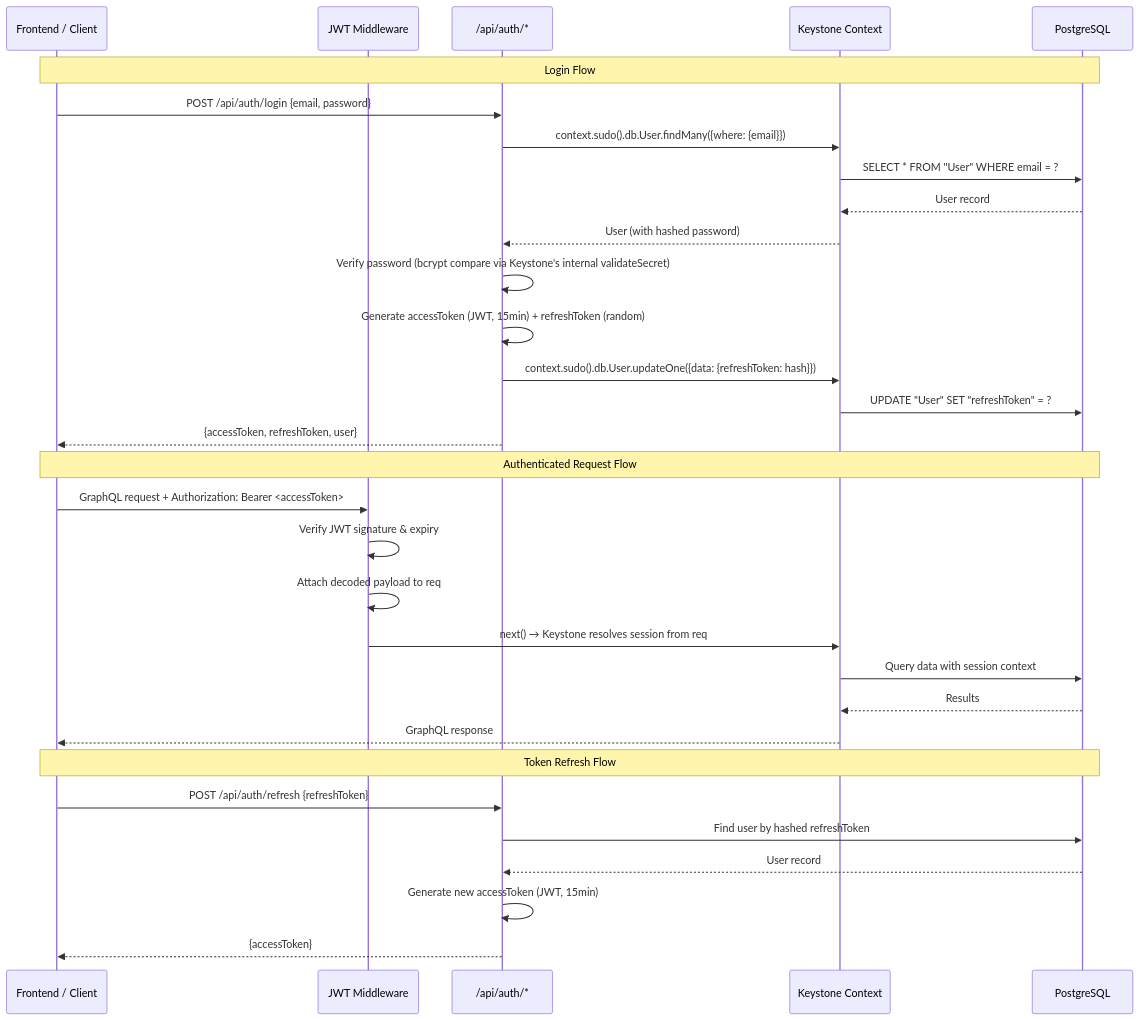
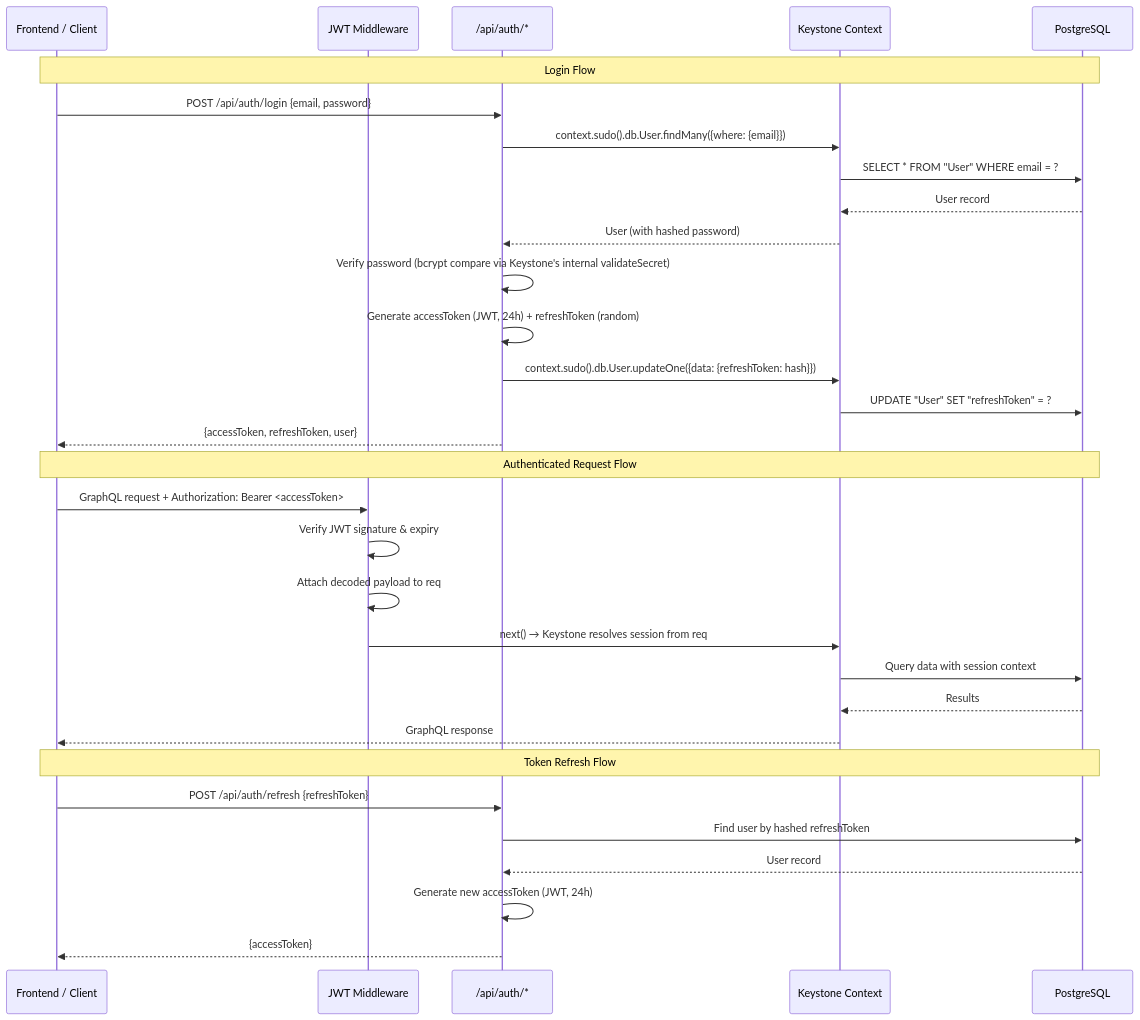
One commit to RJGJ/e_invitation changed the diagram in .docs/plans/jwt-auth-plan.md. Above: the diagram before and after it, drawn with Mermaid. The commit also changed other lines of this file and 1 other file, not shown here.

First line of the commit message:
docs: fold testing requirements into jwt-auth plan; add Patrol guidance for Flutter

````diff
--- a/.docs/plans/jwt-auth-plan.md
+++ b/.docs/plans/jwt-auth-plan.md
@@ -11,36 +11,36 @@
 ```mermaid
 sequenceDiagram
     participant Client as Frontend / Client
     participant MW as JWT Middleware
     participant Routes as /api/auth/*
     participant KS as Keystone Context
     participant DB as PostgreSQL
 
     Note over Client,DB: Login Flow
     Client->>Routes: POST /api/auth/login {email, password}
     Routes->>KS: context.sudo().db.User.findMany({where: {email}})
     KS->>DB: SELECT * FROM "User" WHERE email = ?
     DB-->>KS: User record
     KS-->>Routes: User (with hashed password)
     Routes->>Routes: Verify password (bcrypt compare via Keystone's internal validateSecret)
-    Routes->>Routes: Generate accessToken (JWT, 15min) + refreshToken (random)
+    Routes->>Routes: Generate accessToken (JWT, 24h) + refreshToken (random)
     Routes->>KS: context.sudo().db.User.updateOne({data: {refreshToken: hash}})
     KS->>DB: UPDATE "User" SET "refreshToken" = ?
     Routes-->>Client: {accessToken, refreshToken, user}
 
     Note over Client,DB: Authenticated Request Flow
     Client->>MW: GraphQL request + Authorization: Bearer <accessToken>
     MW->>MW: Verify JWT signature & expiry
     MW->>MW: Attach decoded payload to req
     MW->>KS: next() → Keystone resolves session from req
     KS->>DB: Query data with session context
     DB-->>KS: Results
     KS-->>Client: GraphQL response
 
     Note over Client,DB: Token Refresh Flow
     Client->>Routes: POST /api/auth/refresh {refreshToken}
     Routes->>DB: Find user by hashed refreshToken
     DB-->>Routes: User record
-    Routes->>Routes: Generate new accessToken (JWT, 15min)
+    Routes->>Routes: Generate new accessToken (JWT, 24h)
     Routes-->>Client: {accessToken}
 ```
````
